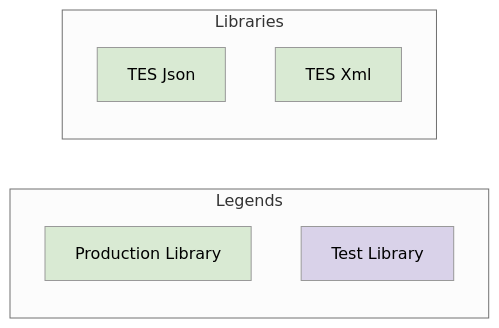
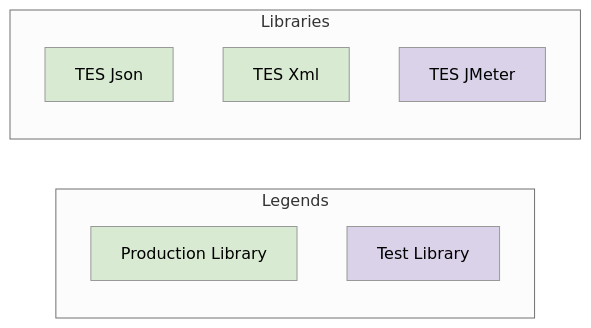
The diagram in doc/README.md (sunepoulsen/tes-foundation), drawn with Mermaid (neutral theme) before and after one commit. The commit also changed other lines of this file and 6 other files, not shown here.

Commit message:
TES-120: Add `tes-jmeter` to this monolith.

````diff
--- a/doc/README.md
+++ b/doc/README.md
@@ -14,15 +18,16 @@
 ```mermaid
 flowchart LR
     subgraph "Legends"
         legProdLib["Production Library"]:::prodLibrary
         legTestLib["Test Library"]:::testLibrary
     end
 
     subgraph "Libraries"
         tesJson["TES Json"]:::prodLibrary
         tesXml["TES Xml"]:::prodLibrary
+        tesJMeter["TES JMeter"]:::testLibrary
     end
 
     classDef prodLibrary fill:#d9ead3,color:#000
     classDef testLibrary fill:#d9d2e9,color:#000
 ```
````
